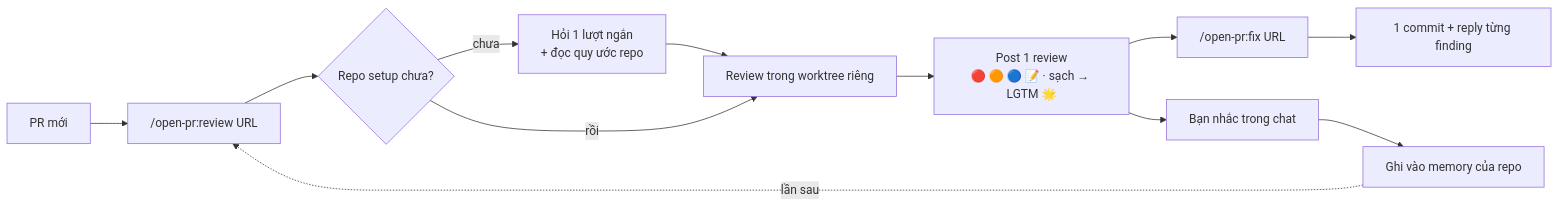
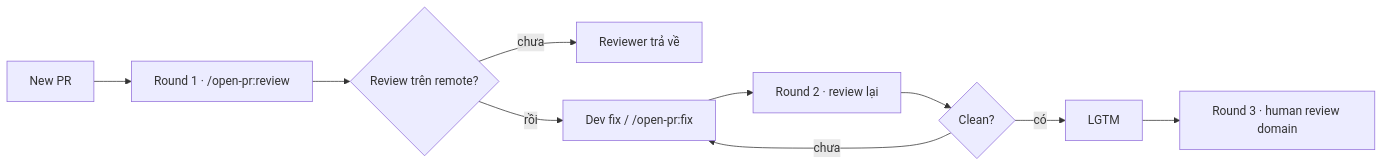
Before and after one commit to TOMOSIA-VIETNAM/open-pr: the diagram in README.vi.md, drawn with Mermaid. The commit also changed other lines of this file and 24 other files, not shown here.

````diff
--- a/README.vi.md
+++ b/README.vi.md
@@ -39,12 +92,12 @@
 ```mermaid
 flowchart LR
-  A[PR mới] --> B["/open-pr:review URL"]
-  B --> C{Repo setup chưa?}
-  C -- chưa --> D["Hỏi 1 lượt ngắn<br/>+ đọc quy ước repo"]
-  D --> E[Review trong worktree riêng]
-  C -- rồi --> E
-  E --> F["Post 1 review<br/>🔴 🟠 🔵 📝 · sạch → LGTM 🌟"]
-  F --> G["/open-pr:fix URL"] --> H["1 commit + reply từng finding"]
-  F --> I["Bạn nhắc trong chat"] --> J["Ghi vào memory của repo"]
-  J -. lần sau .-> B
+  A[New PR] --> B["Round 1 · /open-pr:review"]
+  B --> C{Review trên remote?}
+  C -- chưa --> D[Reviewer trả về]
+  C -- rồi --> E[Dev fix / /open-pr:fix]
+  E --> F["Round 2 · review lại"]
+  F --> G{Clean?}
+  G -- có --> H[LGTM]
+  G -- chưa --> E
+  H --> I[Round 3 · human review domain]
 ```
````
